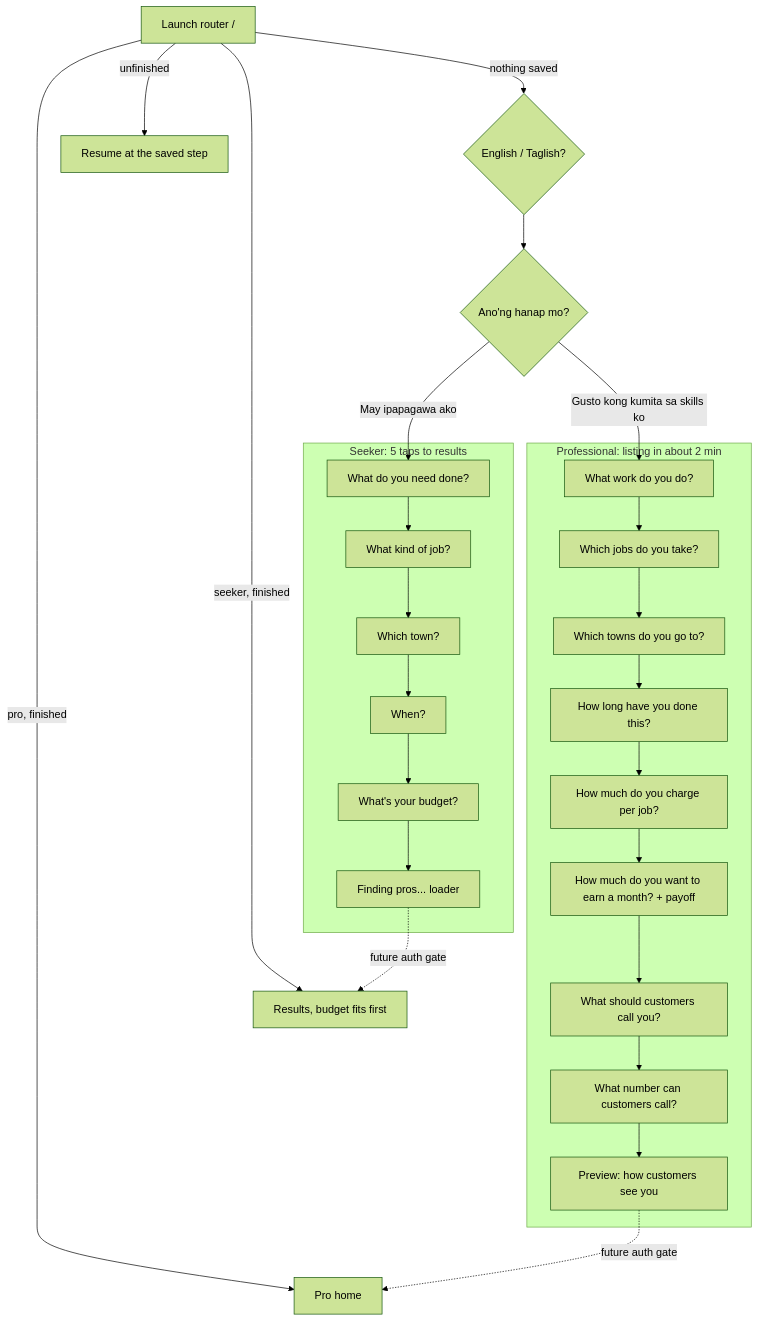
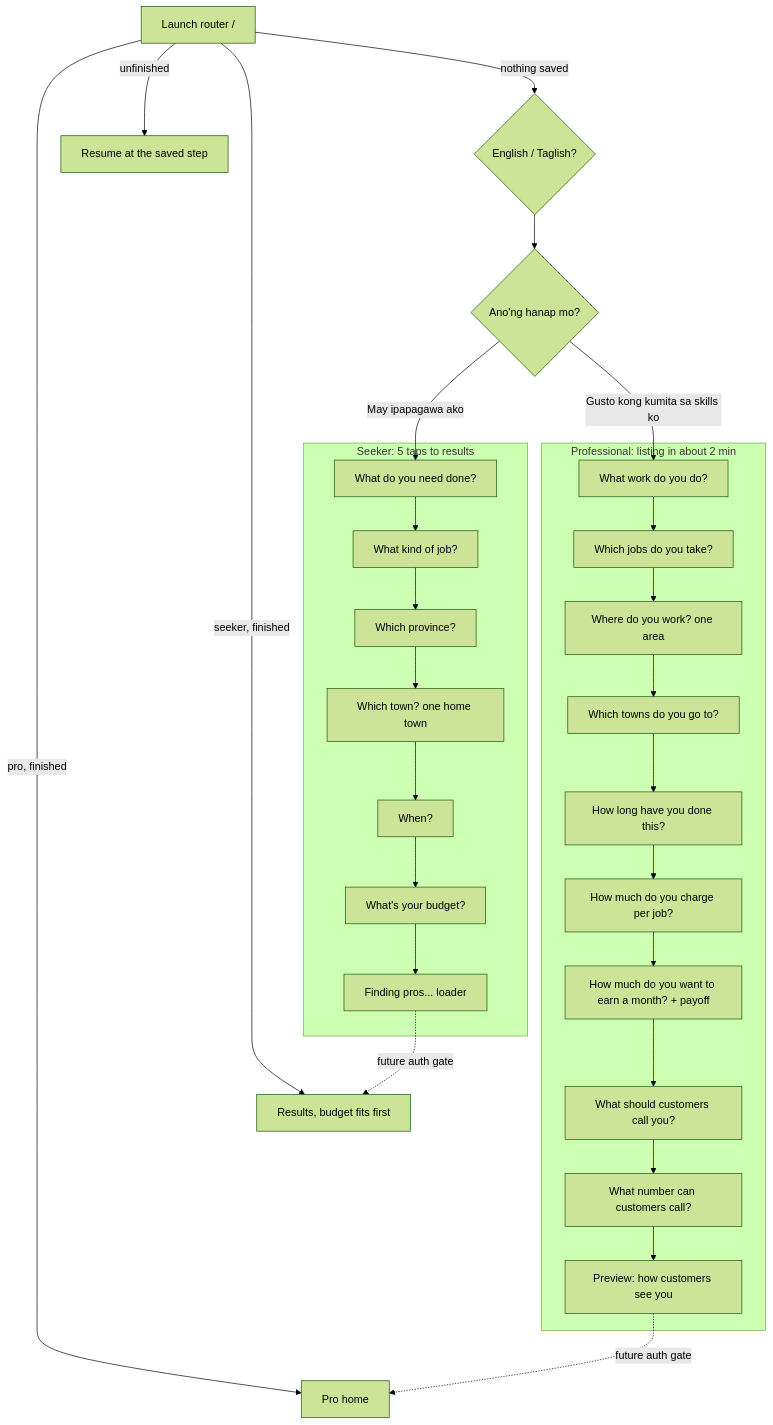
The diagram in docs/onboarding.md (gscph/SideGigPhilippines), drawn with Mermaid (forest theme) before and after one commit. The commit also changed other lines of this file and 21 other files, not shown here.

````diff
--- a/docs/onboarding.md
+++ b/docs/onboarding.md
@@ -22,33 +22,35 @@
 ```mermaid
 flowchart TD
     L[Launch router /] -->|nothing saved| LANG{"English / Taglish?"}
     L -->|unfinished| RES[Resume at the saved step]
     L -->|seeker, finished| R
     L -->|pro, finished| PH
 
     LANG --> F{"Ano'ng hanap mo?"}
     F -->|May ipapagawa ako| S1
     F -->|Gusto kong kumita sa skills ko| P1
 
     subgraph Seeker["Seeker: 5 taps to results"]
       S1[What do you need done?] --> S2[What kind of job?]
-      S2 --> S3[Which town?]
+      S2 --> S3a[Which province?]
+      S3a --> S3[Which town? one home town]
       S3 --> S4[When?]
       S4 --> S5[What's your budget?]
       S5 --> LI[Finding pros... loader]
     end
 
     subgraph Pro["Professional: listing in about 2 min"]
       P1[What work do you do?] --> P2[Which jobs do you take?]
-      P2 --> P3[Which towns do you go to?]
+      P2 --> P3a[Where do you work? one area]
+      P3a --> P3[Which towns do you go to?]
       P3 --> P4[How long have you done this?]
       P4 --> P5[How much do you charge per job?]
       P5 --> P6[How much do you want to earn a month? + payoff]
       P6 --> P7[What should customers call you?]
       P7 --> P8[What number can customers call?]
       P8 --> PV[Preview: how customers see you]
     end
 
     LI -.->|future auth gate| R[Results, budget fits first]
     PV -.->|future auth gate| PH[Pro home]
 ```
````
